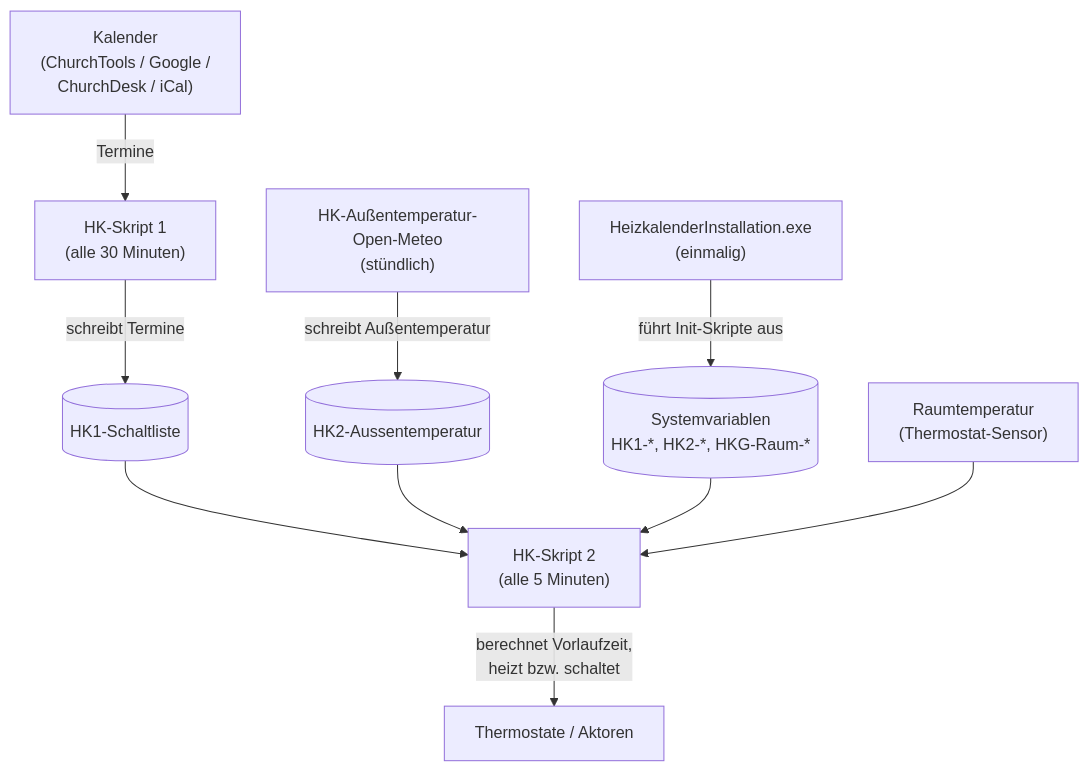
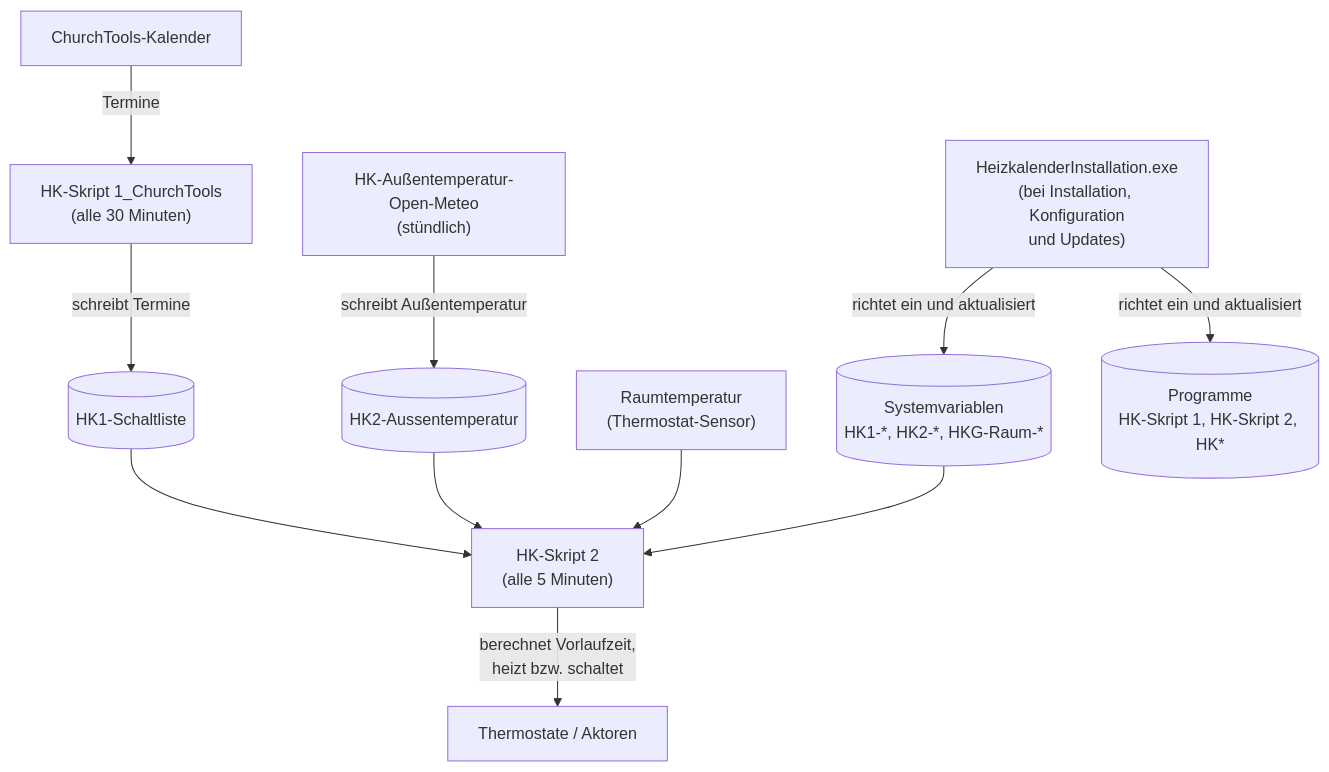
Before and after one commit to tatzel/Homematic-Heizungskalender: the first of 2 diagrams in docs/heizkalender/anwenderhandbuch.md, drawn with Mermaid. The commit also changed other lines of this file and 4 other files, not shown here.

First line of the commit message:
docs: Installer-Beschreibung und Diagramme aktualisieren

````diff
--- a/docs/heizkalender/anwenderhandbuch.md
+++ b/docs/heizkalender/anwenderhandbuch.md
@@ -121,15 +121,17 @@
 ```mermaid
 flowchart TD
-    Installation["HeizkalenderInstallation.exe<br/>(einmalig)"] -->|"führt Init-Skripte aus"| SysVar[("Systemvariablen<br/>HK1-*, HK2-*, HKG-Raum-*")]
-
     OpenMeteo["HK-Außentemperatur-Open-Meteo<br/>(stündlich)"] -->|"schreibt Außentemperatur"| ATVar[("HK2-Aussentemperatur")]
 
-    KAL["Kalender<br/>(ChurchTools / Google /<br/>ChurchDesk / iCal)"] -->|"Termine"| Skript1["HK-Skript 1<br/>(alle 30 Minuten)"]
+    CT["ChurchTools-Kalender"] -->|"Termine"| Skript1["HK-Skript 1_ChurchTools<br/>(alle 30 Minuten)"]
     Skript1 -->|"schreibt Termine"| Schaltliste[("HK1-Schaltliste")]
 
     Schaltliste --> Skript2["HK-Skript 2<br/>(alle 5 Minuten)"]
     ATVar --> Skript2
+    Raumtemp["Raumtemperatur<br/>(Thermostat-Sensor)"] --> Skript2
     SysVar --> Skript2
-    Raumtemp["Raumtemperatur<br/>(Thermostat-Sensor)"] --> Skript2
     Skript2 -->|"berechnet Vorlaufzeit,<br/>heizt bzw. schaltet"| Thermostate["Thermostate / Aktoren"]
+
+    Installationsprogramm["HeizkalenderInstallation.exe<br/>(bei Installation, Konfiguration<br/>und Updates)"]
+    Installationsprogramm -->|"richtet ein und aktualisiert"| Programme[("Programme<br/>HK-Skript 1, HK-Skript 2, HK*")]
+    Installationsprogramm -->|"richtet ein und aktualisiert"| SysVar[("Systemvariablen<br/>HK1-*, HK2-*, HKG-Raum-*")]
 ```
````
